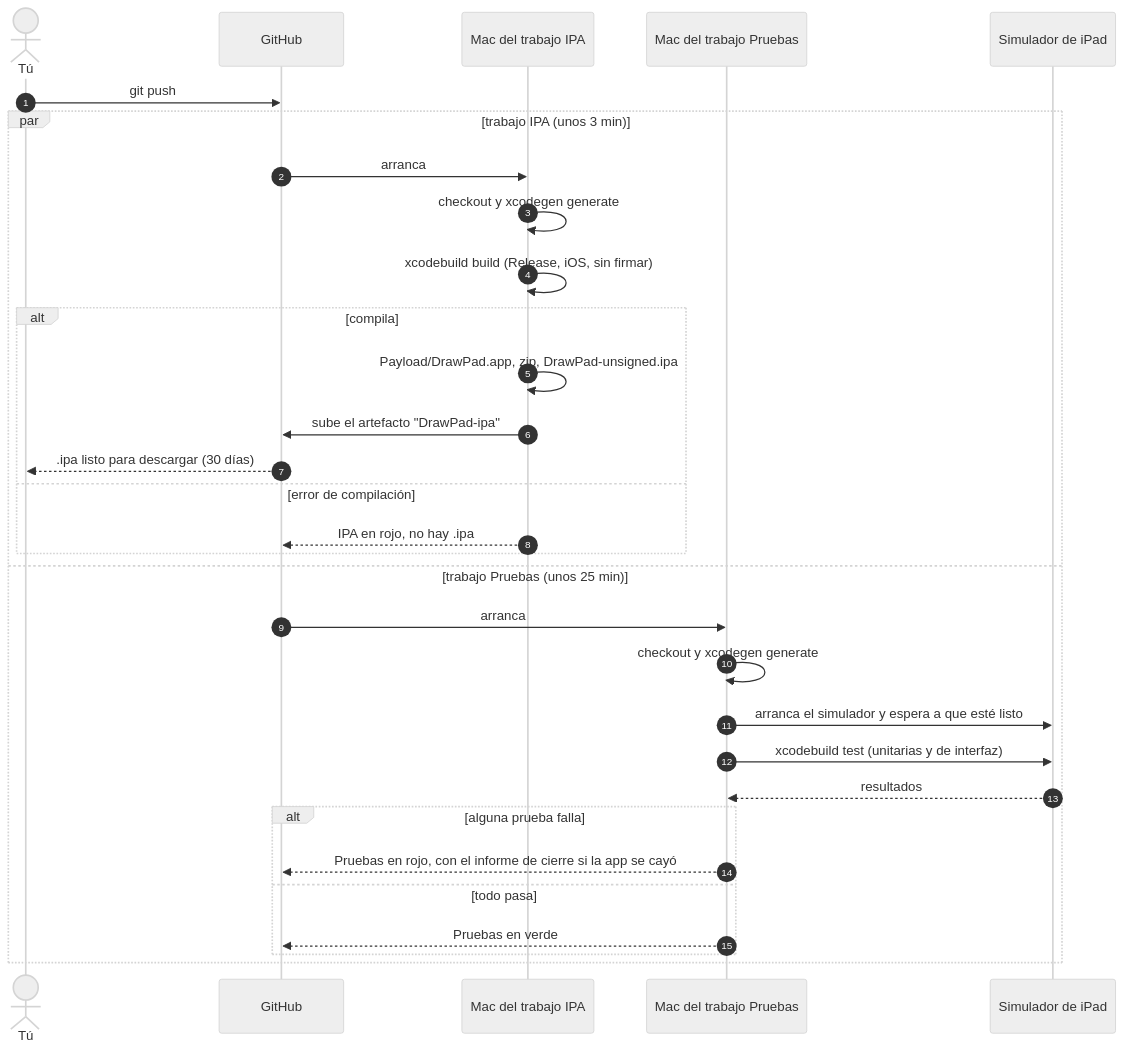
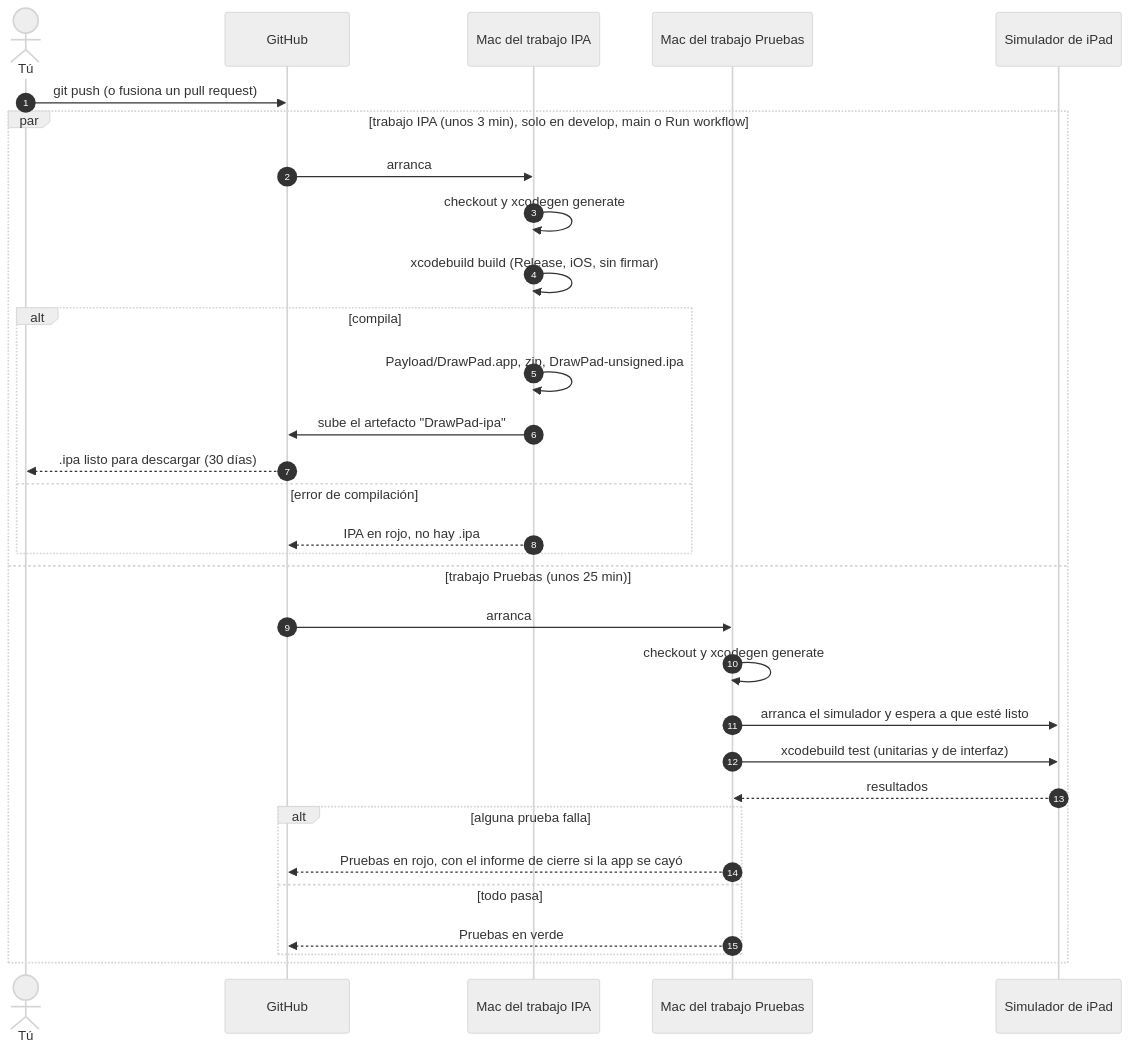
One commit to jhonjairo6230/DrawPad changed the second of 3 diagrams in docs/compilacion-e-instalacion.md. Above: the diagram before and after it, drawn with Mermaid (neutral theme). The commit also changed other lines of this file and 6 other files, not shown here.

First line of the commit message:
Generar el .ipa solo al fusionar en develop o main

````diff
--- a/docs/compilacion-e-instalacion.md
+++ b/docs/compilacion-e-instalacion.md
@@ -35,34 +39,34 @@
 ```mermaid
 sequenceDiagram
     autonumber
     actor Dev as Tú
     participant GH as GitHub
     participant M1 as Mac del trabajo IPA
     participant M2 as Mac del trabajo Pruebas
     participant Sim as Simulador de iPad
 
-    Dev->>GH: git push
-    par trabajo IPA (unos 3 min)
+    Dev->>GH: git push (o fusiona un pull request)
+    par trabajo IPA (unos 3 min), solo en develop, main o Run workflow
         GH->>M1: arranca
         M1->>M1: checkout y xcodegen generate
         M1->>M1: xcodebuild build (Release, iOS, sin firmar)
         alt compila
             M1->>M1: Payload/DrawPad.app, zip, DrawPad-unsigned.ipa
             M1->>GH: sube el artefacto "DrawPad-ipa"
             GH-->>Dev: .ipa listo para descargar (30 días)
         else error de compilación
             M1-->>GH: IPA en rojo, no hay .ipa
         end
     and trabajo Pruebas (unos 25 min)
         GH->>M2: arranca
         M2->>M2: checkout y xcodegen generate
         M2->>Sim: arranca el simulador y espera a que esté listo
         M2->>Sim: xcodebuild test (unitarias y de interfaz)
         Sim-->>M2: resultados
         alt alguna prueba falla
             M2-->>GH: Pruebas en rojo, con el informe de cierre si la app se cayó
         else todo pasa
             M2-->>GH: Pruebas en verde
         end
     end
 ```
````
